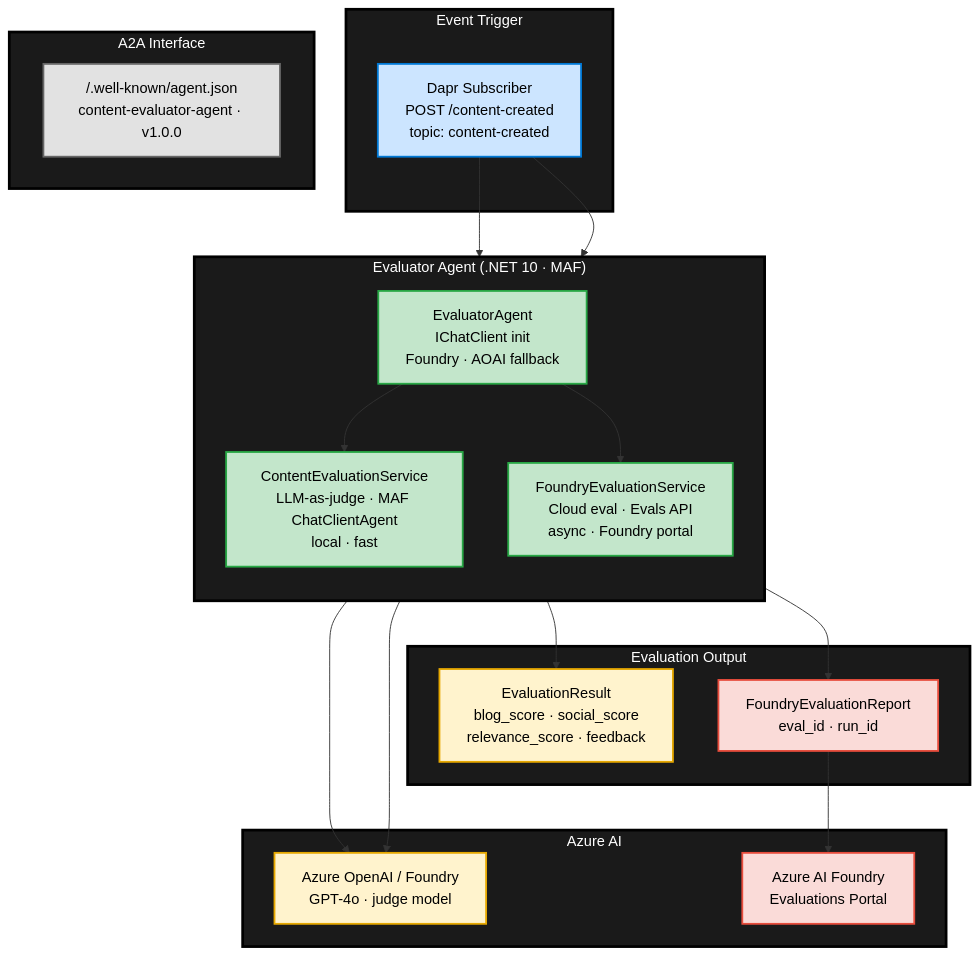
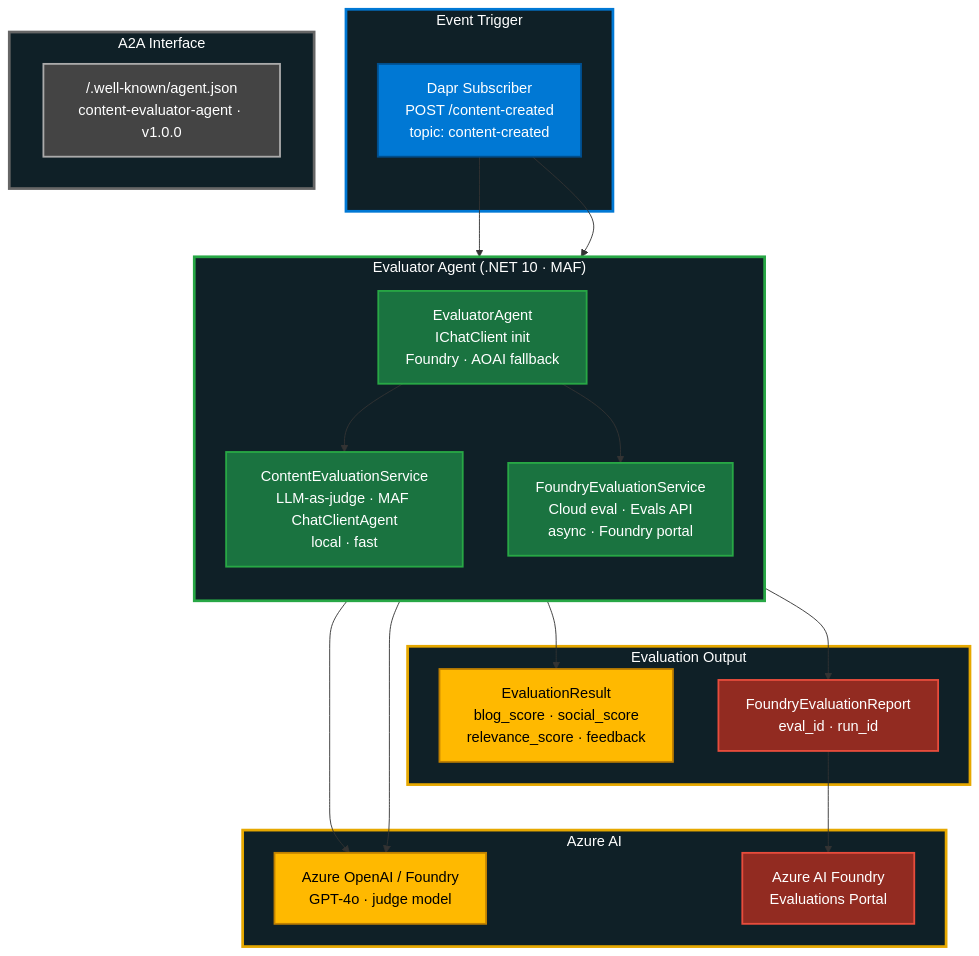
One commit to sparraguerra/globalazure-2026 changed the first of 2 diagrams in Lab/docs/evaluator-agent-architecture.md. Above: the diagram before and after it, drawn with Mermaid. The commit also changed 5 other files, not shown here.

Commit message:
Enhance architecture documentation with diagrams for various agents and update OpenTelemetry flow

````diff
--- a/Lab/docs/evaluator-agent-architecture.md
+++ b/Lab/docs/evaluator-agent-architecture.md
@@ -9,64 +9,62 @@
 ```mermaid
 ---
 config:
   theme: base
   themeVariables:
     lineColor: "#333"
     primaryColor: "#fff"
   flowchart:
     curve: basis
 ---
 graph TB
     subgraph Trigger["Event Trigger"]
         DaprSub["Dapr Subscriber<br/>POST /content-created<br/>topic: content-created"]
     end
 
     subgraph Core["Evaluator Agent (.NET 10 · MAF)"]
         direction TB
         EA["EvaluatorAgent<br/>IChatClient init<br/>Foundry · AOAI fallback"]
         CES["ContentEvaluationService<br/>LLM-as-judge · MAF ChatClientAgent<br/>local · fast"]
         FES["FoundryEvaluationService<br/>Cloud eval · Evals API<br/>async · Foundry portal"]
     end
 
     subgraph Output["Evaluation Output"]
         ER["EvaluationResult<br/>blog_score · social_score<br/>relevance_score · feedback"]
         FR["FoundryEvaluationReport<br/>eval_id · run_id"]
     end
 
     subgraph AI["Azure AI"]
         AOAI["Azure OpenAI / Foundry<br/>GPT-4o · judge model"]
         FoundryEvals["Azure AI Foundry<br/>Evaluations Portal"]
     end
 
     subgraph A2ACard["A2A Interface"]
         Card["/.well-known/agent.json<br/>content-evaluator-agent · v1.0.0"]
     end
 
     DaprSub --> CES
     DaprSub --> FES
     EA --> CES
     EA --> FES
     CES --> AOAI
     FES --> AOAI
     CES --> ER
     FES --> FR
     FR --> FoundryEvals
 
-    %% Subgraph frames
-    style Trigger fill:#1a1a1a,stroke:#000,stroke-width:3px,color:#fff
-    style Core fill:#1a1a1a,stroke:#000,stroke-width:3px,color:#fff
-    style Output fill:#1a1a1a,stroke:#000,stroke-width:3px,color:#fff
-    style AI fill:#1a1a1a,stroke:#000,stroke-width:3px,color:#fff
-    style A2ACard fill:#1a1a1a,stroke:#000,stroke-width:3px,color:#fff
+    style Trigger  fill:#0f2027,stroke:#0078D4,stroke-width:3px,color:#fff
+    style Core     fill:#0f2027,stroke:#28a745,stroke-width:3px,color:#fff
+    style Output   fill:#0f2027,stroke:#e6a800,stroke-width:3px,color:#fff
+    style AI       fill:#0f2027,stroke:#e6a800,stroke-width:3px,color:#fff
+    style A2ACard  fill:#0f2027,stroke:#666,stroke-width:3px,color:#fff
 
-    %% Inner boxes
-    style DaprSub fill:#cce5ff,stroke:#0078d4,stroke-width:2px,color:#000
-    style EA fill:#c3e6cb,stroke:#28a745,stroke-width:2px,color:#000
-    style CES fill:#c3e6cb,stroke:#28a745,stroke-width:2px,color:#000
-    style FES fill:#c3e6cb,stroke:#28a745,stroke-width:2px,color:#000
-    style ER fill:#fff3cd,stroke:#e6a800,stroke-width:2px,color:#000
-    style FR fill:#fadbd8,stroke:#e74c3c,stroke-width:2px,color:#000
-    style AOAI fill:#fff3cd,stroke:#e6a800,stroke-width:2px,color:#000
-    style FoundryEvals fill:#fadbd8,stroke:#e74c3c,stroke-width:2px,color:#000
-    style Card fill:#e2e2e2,stroke:#666,stroke-width:2px,color:#000
+    style DaprSub      fill:#0078D4,stroke:#004E8C,stroke-width:2px,color:#fff
+    style EA           fill:#1a7340,stroke:#28a745,stroke-width:2px,color:#fff
+    style CES          fill:#1a7340,stroke:#28a745,stroke-width:2px,color:#fff
+    style FES          fill:#1a7340,stroke:#28a745,stroke-width:2px,color:#fff
+    style ER           fill:#FFB900,stroke:#C08000,stroke-width:2px,color:#000
+    style FR           fill:#922b21,stroke:#e74c3c,stroke-width:2px,color:#fff
+    style AOAI         fill:#FFB900,stroke:#C08000,stroke-width:2px,color:#000
+    style FoundryEvals fill:#922b21,stroke:#e74c3c,stroke-width:2px,color:#fff
+    style Card         fill:#444,stroke:#aaa,stroke-width:2px,color:#fff
 ```
````
